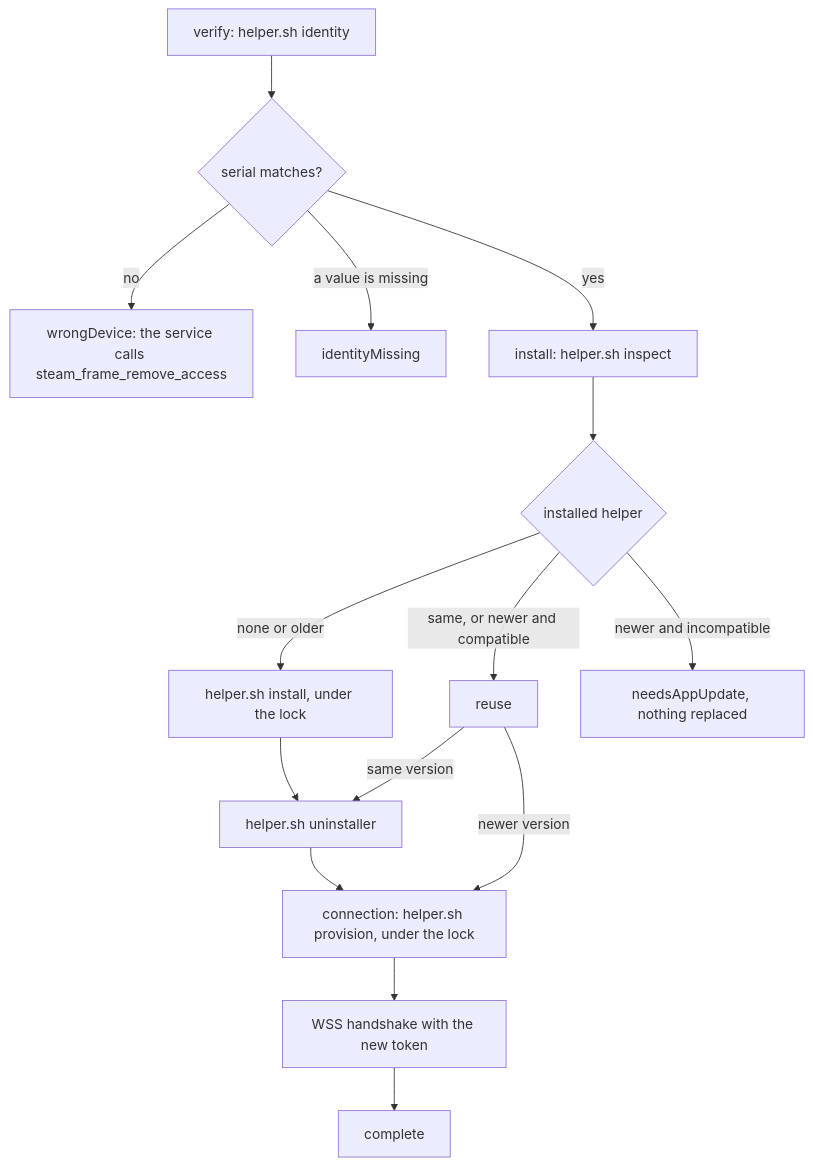
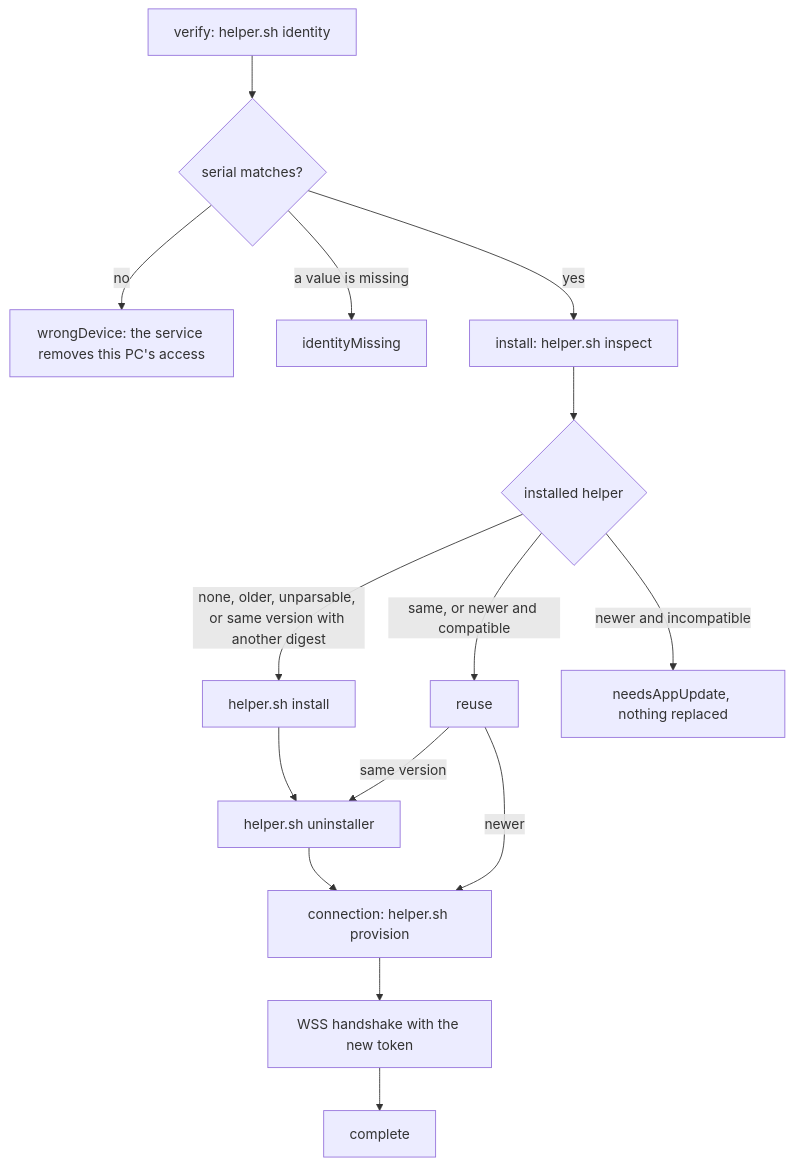
One commit to Raphiiko/OyasumiVR changed the third of 7 diagrams in docs/agents/steam-frame-pairing.md. Above: the diagram before and after it, drawn with Mermaid. The commit also changed other lines of this file and 2 other files, not shown here.

First line of the commit message:
docs(steam-frame): rewrite the pairing reference against the code

````diff
--- a/docs/agents/steam-frame-pairing.md
+++ b/docs/agents/steam-frame-pairing.md
@@ -114,17 +106,17 @@
 ```mermaid
 flowchart TD
   A["verify: helper.sh identity"] --> B{"serial matches?"}
-  B -- "no" --> W["wrongDevice: the service calls steam_frame_remove_access"]
+  B -- "no" --> W["wrongDevice: the service removes this PC's access"]
   B -- "a value is missing" --> M["identityMissing"]
   B -- "yes" --> C["install: helper.sh inspect"]
   C --> D{"installed helper"}
-  D -- "none or older" --> E["helper.sh install, under the lock"]
+  D -- "none, older, unparsable, or same version with another digest" --> E["helper.sh install"]
   D -- "same, or newer and compatible" --> F["reuse"]
   D -- "newer and incompatible" --> N["needsAppUpdate, nothing replaced"]
   E --> G["helper.sh uninstaller"]
   F -- "same version" --> G
-  F -- "newer version" --> H
-  G --> H["connection: helper.sh provision, under the lock"]
+  F -- "newer" --> H
+  G --> H["connection: helper.sh provision"]
   H --> I["WSS handshake with the new token"]
   I --> J["complete"]
 ```
````
